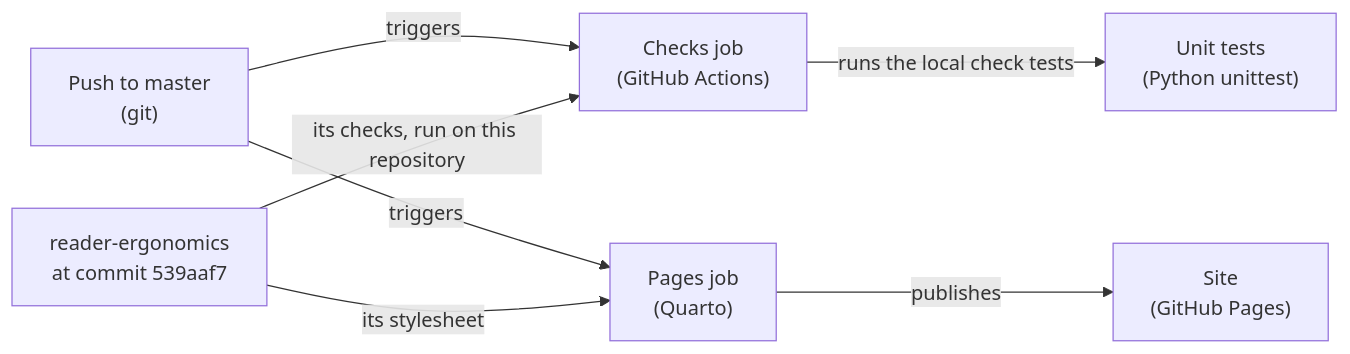
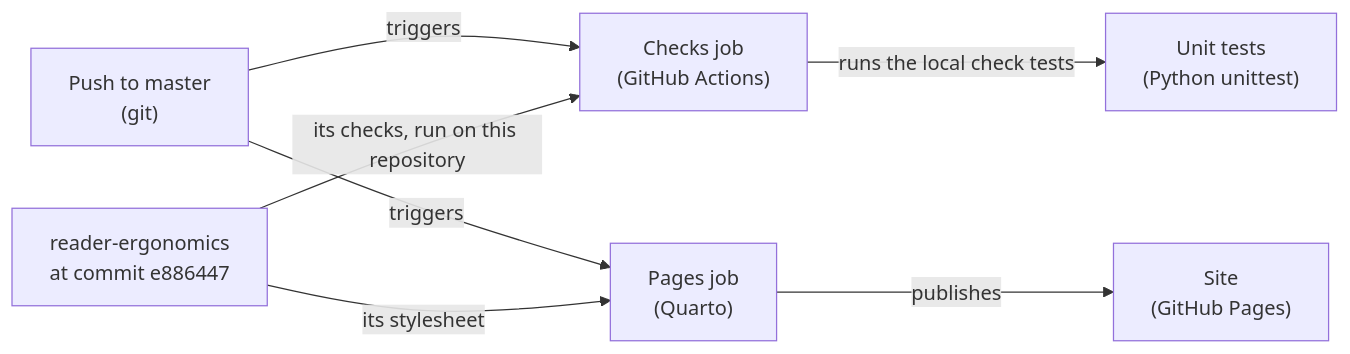
The diagram in shapes/system-diagram.md (Tewf/reader-ergonomics-software-design), drawn with Mermaid before and after one commit. The commit also changed other lines of this file and 27 other files, not shown here.

First line of the commit message:
Move to reader-ergonomics v1.9.0 and fold the card's figure source

````diff
--- a/shapes/system-diagram.md
+++ b/shapes/system-diagram.md
@@ -80,9 +80,9 @@
 ```mermaid
 flowchart LR
     push["Push to master<br/>(git)"] -->|"triggers"| checks["Checks job<br/>(GitHub Actions)"]
-    standard["reader-ergonomics<br/>at commit 539aaf7"] -->|"its checks, run on this repository"| checks
+    standard["reader-ergonomics<br/>at commit e886447"] -->|"its checks, run on this repository"| checks
     checks -->|"runs the local check tests"| tests["Unit tests<br/>(Python unittest)"]
     push -->|"triggers"| pages["Pages job<br/>(Quarto)"]
     standard -->|"its stylesheet"| pages
     pages -->|"publishes"| site["Site<br/>(GitHub Pages)"]
 ```
````
